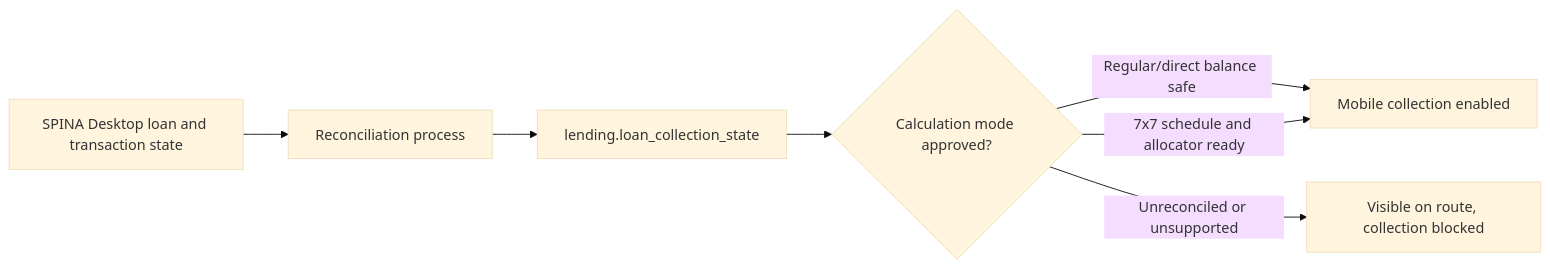
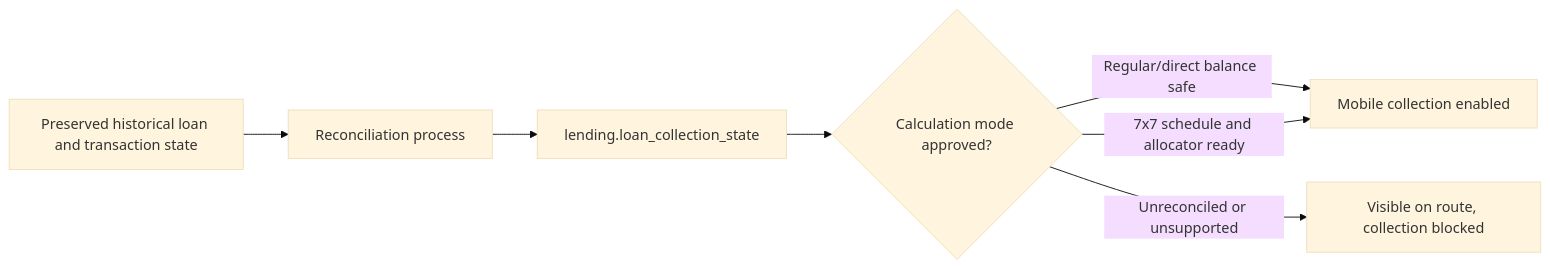
One commit to GILBIC/spina-lending-app changed the fifth of 6 diagrams in docs/architecture/system-map.md. Above: the diagram before and after it, drawn with Mermaid (base theme). The commit also changed other lines of this file and 567 other files, not shown here.

````diff
--- a/docs/architecture/system-map.md
+++ b/docs/architecture/system-map.md
@@ -322,9 +287,9 @@
 ```mermaid
 flowchart LR
-    D[SPINA Desktop loan and transaction state] --> R[Reconciliation process]
+    D[Preserved historical loan and transaction state] --> R[Reconciliation process]
     R --> S[lending.loan_collection_state]
     S --> C{Calculation mode approved?}
     C -->|Regular/direct balance safe| READY[Mobile collection enabled]
     C -->|Unreconciled or unsupported| BLOCK[Visible on route, collection blocked]
     C -->|7x7 schedule and allocator ready| READY
 ```
````
